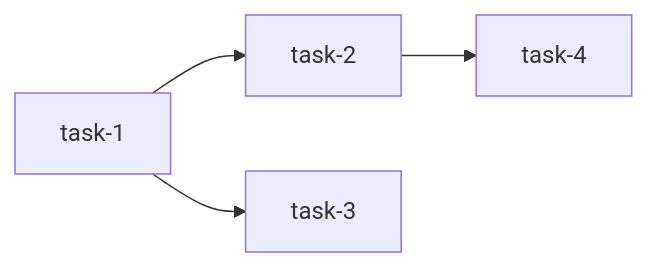
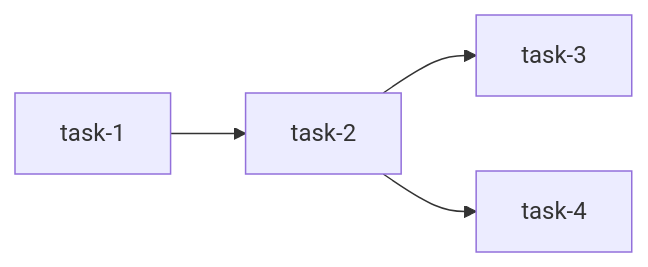
Before and after one commit to merge-mates/patent-ai-workspace: the second of 3 diagrams in docs/features/F5/tasks.md, drawn with Mermaid. The commit also changed other lines of this file and 2 other files, not shown here.

````diff
--- a/docs/features/F5/tasks.md
+++ b/docs/features/F5/tasks.md
@@ -31,6 +30,6 @@
 ```mermaid
 graph LR
     task-1 --> task-2
-    task-1 --> task-3
+    task-2 --> task-3
     task-2 --> task-4
 ```
````
